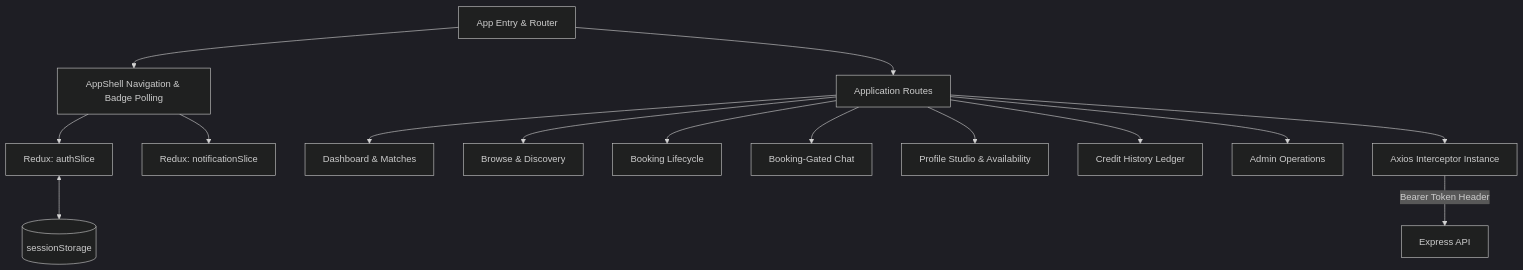
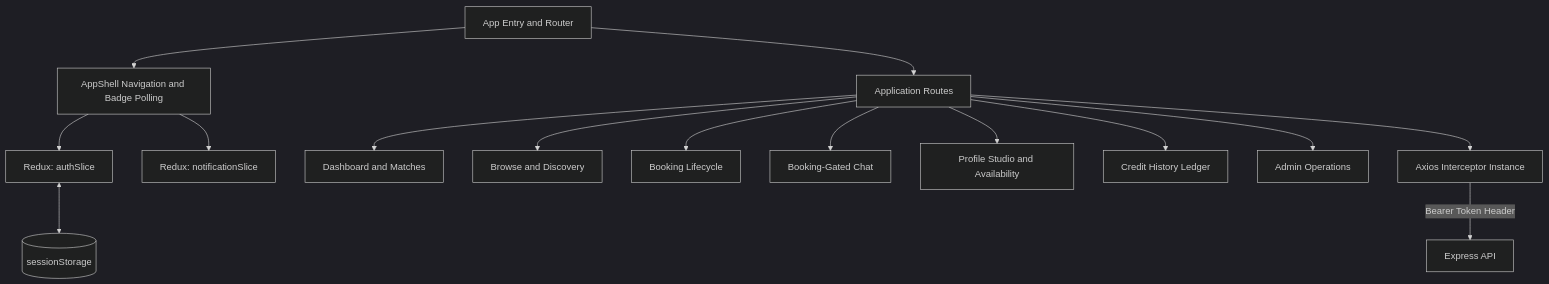
Before and after one commit to eeemrann/skillswap: the second of 5 diagrams in README.md, drawn with Mermaid (dark theme). The commit also changed other lines of this file, not shown here.

````diff
--- a/README.md
+++ b/README.md
@@ -154,20 +114,20 @@
 ```mermaid
 flowchart TD
-    App[App Entry & Router] --> Shell[AppShell Navigation & Badge Polling]
-    App --> Routes[Application Routes]
+    App["App Entry and Router"] --> Shell["AppShell Navigation and Badge Polling"]
+    App --> Routes["Application Routes"]
 
-    Routes --> DashboardPage[Dashboard & Matches]
-    Routes --> BrowsePage[Browse & Discovery]
-    Routes --> BookingsPage[Booking Lifecycle]
-    Routes --> MessagesPage[Booking-Gated Chat]
-    Routes --> ProfilePage[Profile Studio & Availability]
-    Routes --> CreditsPage[Credit History Ledger]
-    Routes --> AdminPage[Admin Operations]
+    Routes --> DashboardPage["Dashboard and Matches"]
+    Routes --> BrowsePage["Browse and Discovery"]
+    Routes --> BookingsPage["Booking Lifecycle"]
+    Routes --> MessagesPage["Booking-Gated Chat"]
+    Routes --> ProfilePage["Profile Studio and Availability"]
+    Routes --> CreditsPage["Credit History Ledger"]
+    Routes --> AdminPage["Admin Operations"]
 
-    Shell --> ReduxAuth[Redux: authSlice]
-    Shell --> ReduxNotify[Redux: notificationSlice]
+    Shell --> ReduxAuth["Redux: authSlice"]
+    Shell --> ReduxNotify["Redux: notificationSlice"]
 
-    ReduxAuth <--> SessionStorage[(sessionStorage)]
-    Routes --> AxiosClient[Axios Interceptor Instance]
-    AxiosClient -->|Bearer Token Header| API[Express API]
+    ReduxAuth <--> SessionStorage[("sessionStorage")]
+    Routes --> AxiosClient["Axios Interceptor Instance"]
+    AxiosClient -->|Bearer Token Header| API["Express API"]
 ```
````
